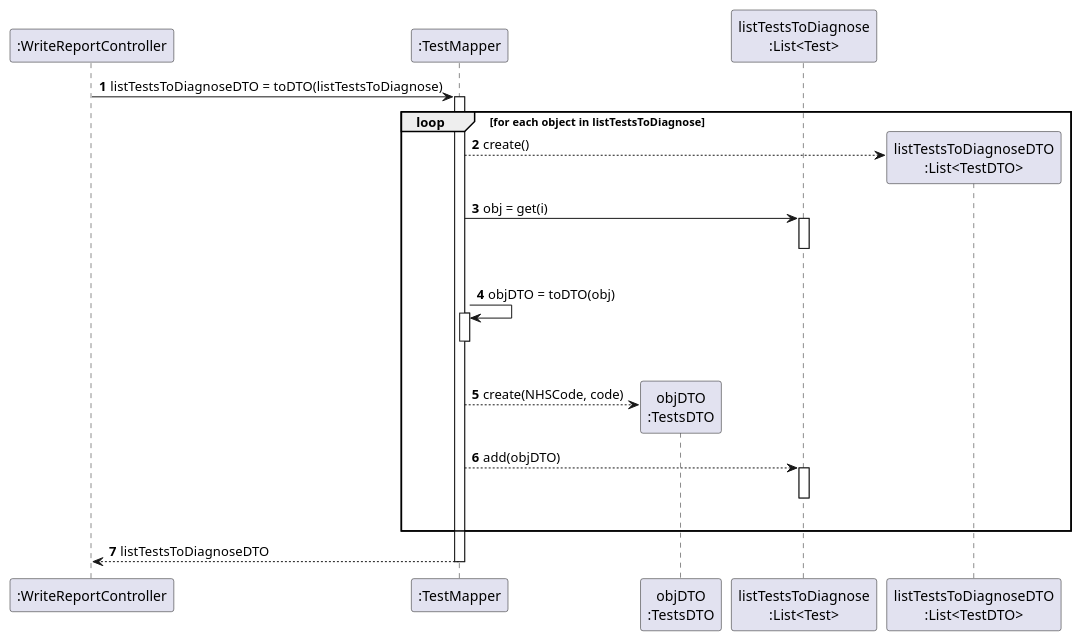
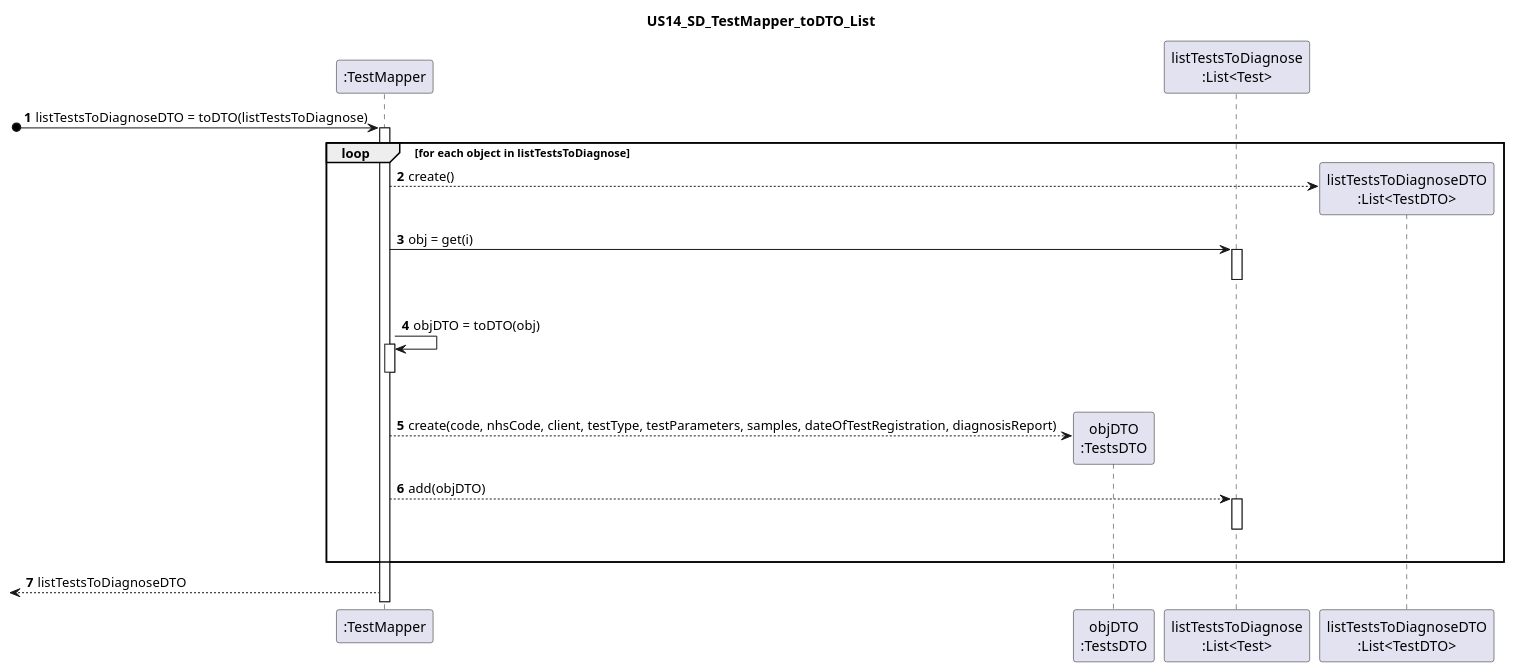
One commit to ana-albergaria/LAPR2-ISEP changed the diagram in docs/SprintC/US_14/US14_SD_TestMapper_toDTO_List.puml. Above: the diagram before and after it, drawn with PlantUML. The commit also changed 7 other files, not shown here.

```diff
--- a/docs/SprintC/US_14/US14_SD_TestMapper_toDTO_List.puml
+++ b/docs/SprintC/US_14/US14_SD_TestMapper_toDTO_List.puml
@@ -1,36 +1,35 @@
 @startuml
+title US14_SD_TestMapper_toDTO_List
 autonumber
 
-participant ":WriteReportController" as CTRL
 participant ":TestMapper" as TSTMAPPER
 participant "objDTO\n:TestsDTO" as OBJ_DTO
 participant "listTestsToDiagnose\n:List<Test>" as LT
 participant "listTestsToDiagnoseDTO\n:List<TestDTO>" as LIST_DTO
 
-CTRL -> TSTMAPPER : listTestsToDiagnoseDTO = toDTO(listTestsToDiagnose)
+[o-> TSTMAPPER : listTestsToDiagnoseDTO = toDTO(listTestsToDiagnose)
 activate TSTMAPPER
 
 loop for each object in listTestsToDiagnose
 TSTMAPPER --> LIST_DTO** : create()
 TSTMAPPER -> LT : obj = get(i)
 activate LT
 |||
 deactivate LT
 
 TSTMAPPER -> TSTMAPPER : objDTO = toDTO(obj)
 activate TSTMAPPER
 |||
 deactivate TSTMAPPER
 
-TSTMAPPER --> OBJ_DTO** : create(NHSCode, code)
+TSTMAPPER --> OBJ_DTO** : create(code, nhsCode, client, testType, testParameters, samples, dateOfTestRegistration, diagnosisReport)
 
 TSTMAPPER --> LT : add(objDTO)
 activate LT
 |||
 deactivate LT
 end
 
-TSTMAPPER --> CTRL : listTestsToDiagnoseDTO
-deactivate TSTMAPPER
+[<-- TSTMAPPER : listTestsToDiagnoseDTO
 
 @enduml
```
